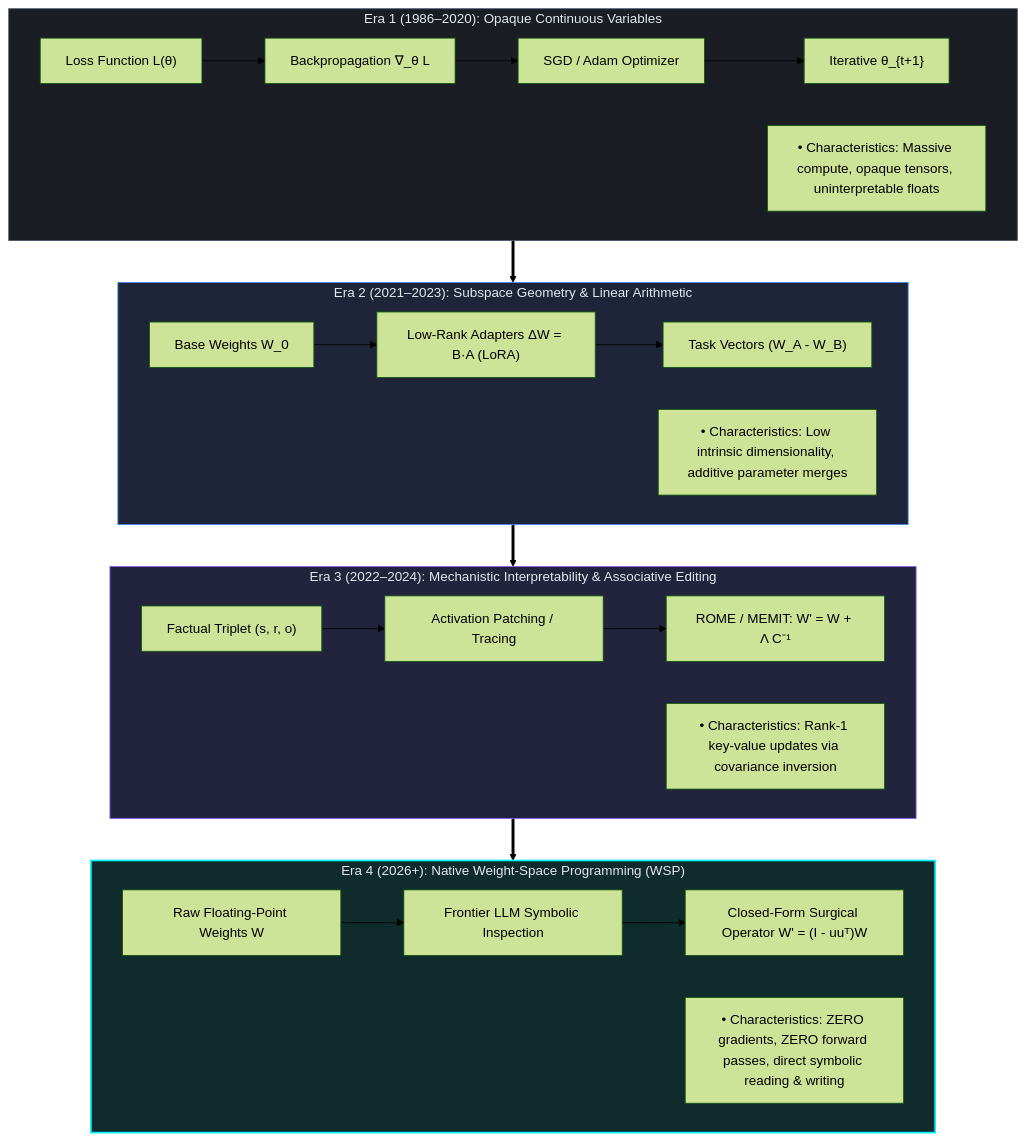
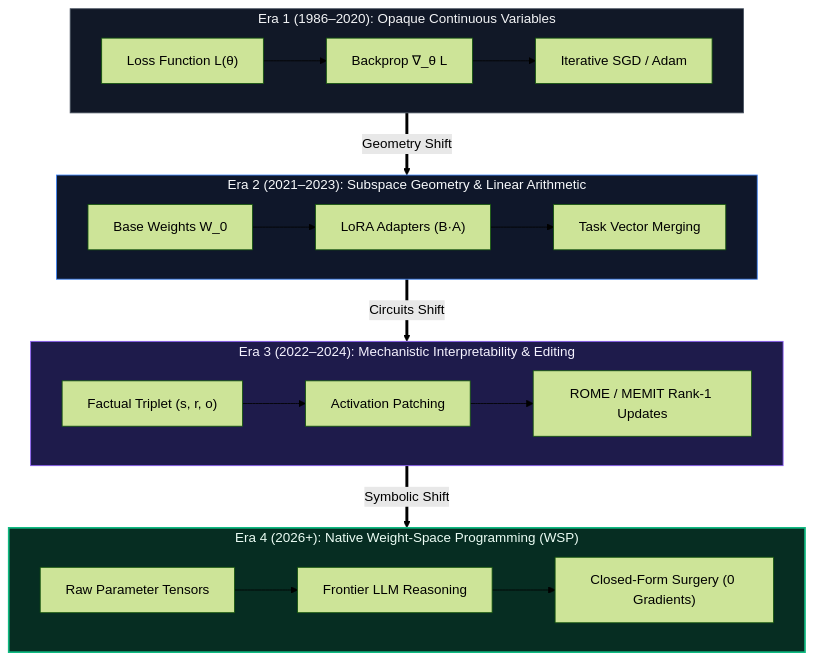
The first of 4 diagrams in README.md (Hunterdii/weight-space-programming-explained), drawn with Mermaid (forest theme) before and after one commit. The commit also changed other lines of this file and 1 other file, not shown here.

Commit message:
docs: redesign Mermaid diagrams for crystal clarity and embed high-res architecture infographic

````diff
--- a/README.md
+++ b/README.md
@@ -181,36 +177,31 @@
 ```mermaid
 flowchart TD
-    subgraph ERA1["Era 1 (1986–2020): Opaque Continuous Variables"]
-        E1_loss["Loss Function L(θ)"] --> E1_grad["Backpropagation ∇_θ L"]
-        E1_grad --> E1_opt["SGD / Adam Optimizer"]
-        E1_opt --> E1_update["Iterative θ_{t+1}"]
-        E1_desc["• Characteristics: Massive compute, opaque tensors, uninterpretable floats"]
+    subgraph E1["Era 1 (1986–2020): Opaque Continuous Variables"]
+        direction LR
+        A1["Loss Function L(θ)"] --> B1["Backprop ∇_θ L"] --> C1["Iterative SGD / Adam"]
     end
 
-    subgraph ERA2["Era 2 (2021–2023): Subspace Geometry & Linear Arithmetic"]
-        E2_base["Base Weights W_0"] --> E2_lora["Low-Rank Adapters ΔW = B·A (LoRA)"]
-        E2_lora --> E2_arith["Task Vectors (W_A - W_B)"]
-        E2_desc["• Characteristics: Low intrinsic dimensionality, additive parameter merges"]
+    subgraph E2["Era 2 (2021–2023): Subspace Geometry & Linear Arithmetic"]
+        direction LR
+        A2["Base Weights W_0"] --> B2["LoRA Adapters (B·A)"] --> C2["Task Vector Merging"]
     end
 
-    subgraph ERA3["Era 3 (2022–2024): Mechanistic Interpretability & Associative Editing"]
-        E3_trip["Factual Triplet (s, r, o)"] --> E3_trace["Activation Patching / Tracing"]
-        E3_trace --> E3_rome["ROME / MEMIT: W' = W + Λ C⁻¹"]
-        E3_desc["• Characteristics: Rank-1 key-value updates via covariance inversion"]
+    subgraph E3["Era 3 (2022–2024): Mechanistic Interpretability & Editing"]
+        direction LR
+        A3["Factual Triplet (s, r, o)"] --> B3["Activation Patching"] --> C3["ROME / MEMIT Rank-1 Updates"]
     end
 
-    subgraph ERA4["Era 4 (2026+): Native Weight-Space Programming (WSP)"]
-        E4_raw["Raw Floating-Point Weights W"] --> E4_llm["Frontier LLM Symbolic Inspection"]
-        E4_llm --> E4_proj["Closed-Form Surgical Operator W' = (I - uuᵀ)W"]
-        E4_desc["• Characteristics: ZERO gradients, ZERO forward passes, direct symbolic reading & writing"]
+    subgraph E4["Era 4 (2026+): Native Weight-Space Programming (WSP)"]
+        direction LR
+        A4["Raw Parameter Tensors"] --> B4["Frontier LLM Reasoning"] --> C4["Closed-Form Surgery (0 Gradients)"]
     end
 
-    ERA1 ==> ERA2
-    ERA2 ==> ERA3
-    ERA3 ==> ERA4
+    E1 ==>|Geometry Shift| E2
+    E2 ==>|Circuits Shift| E3
+    E3 ==>|Symbolic Shift| E4
 
-    style ERA1 fill:#1a1d24,stroke:#4a5568,stroke-width:1px,color:#e2e8f0
-    style ERA2 fill:#1e2538,stroke:#3b82f6,stroke-width:1px,color:#e2e8f0
-    style ERA3 fill:#22243d,stroke:#8b5cf6,stroke-width:1px,color:#e2e8f0
-    style ERA4 fill:#0f2b2b,stroke:#00f2fe,stroke-width:2px,color:#e2e8f0
+    style E1 fill:#111827,stroke:#4b5563,stroke-width:1px,color:#f3f4f6
+    style E2 fill:#0f172a,stroke:#3b82f6,stroke-width:1px,color:#f8fafc
+    style E3 fill:#1e1b4b,stroke:#8b5cf6,stroke-width:1px,color:#f5f3ff
+    style E4 fill:#062d22,stroke:#10b981,stroke-width:2px,color:#ecfdf5
 ```
````
